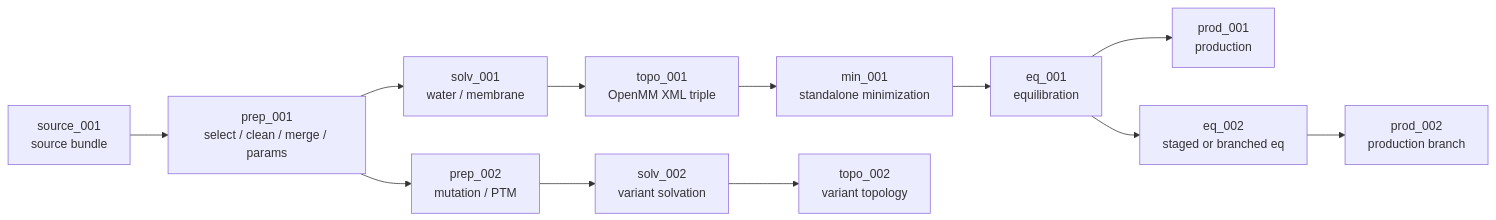
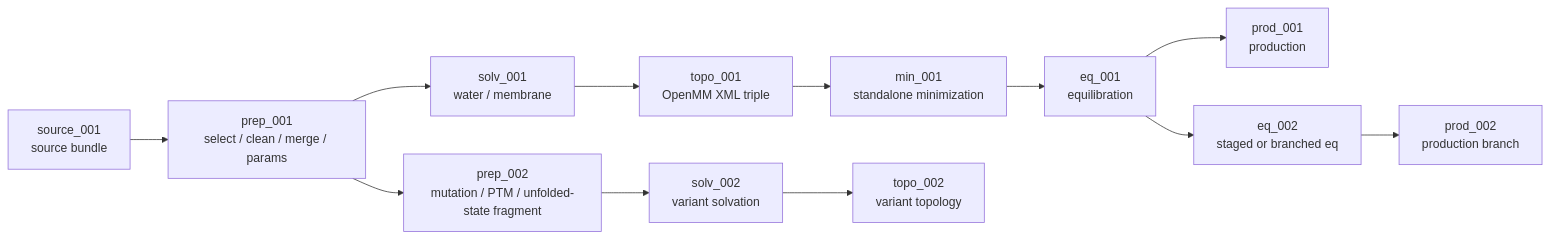
The second of 5 diagrams in docs/developer/architecture.md (matsunagalab/mdclaw), drawn with Mermaid before and after one commit. The commit also changed other lines of this file and 20 other files, not shown here.

````diff
--- a/docs/developer/architecture.md
+++ b/docs/developer/architecture.md
@@ -154,14 +158,14 @@
 ```mermaid
 flowchart LR
   source[source_001<br/>source bundle] --> prep[prep_001<br/>select / clean / merge / params]
   prep --> solv[solv_001<br/>water / membrane]
   solv --> topo[topo_001<br/>OpenMM XML triple]
   topo --> min1[min_001<br/>standalone minimization]
   min1 --> eq1[eq_001<br/>equilibration]
   eq1 --> prod1[prod_001<br/>production]
   eq1 --> eq2[eq_002<br/>staged or branched eq]
   eq2 --> prod2[prod_002<br/>production branch]
-  prep --> prep2[prep_002<br/>mutation / PTM]
+  prep --> prep2[prep_002<br/>mutation / PTM / unfolded-state fragment]
   prep2 --> solv2[solv_002<br/>variant solvation]
   solv2 --> topo2[topo_002<br/>variant topology]
 ```
````
